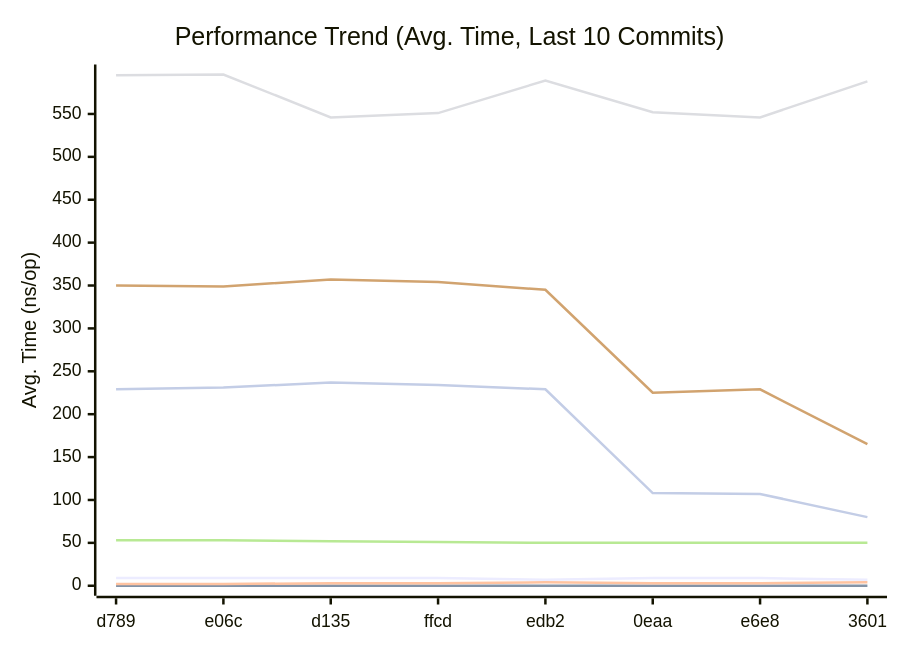
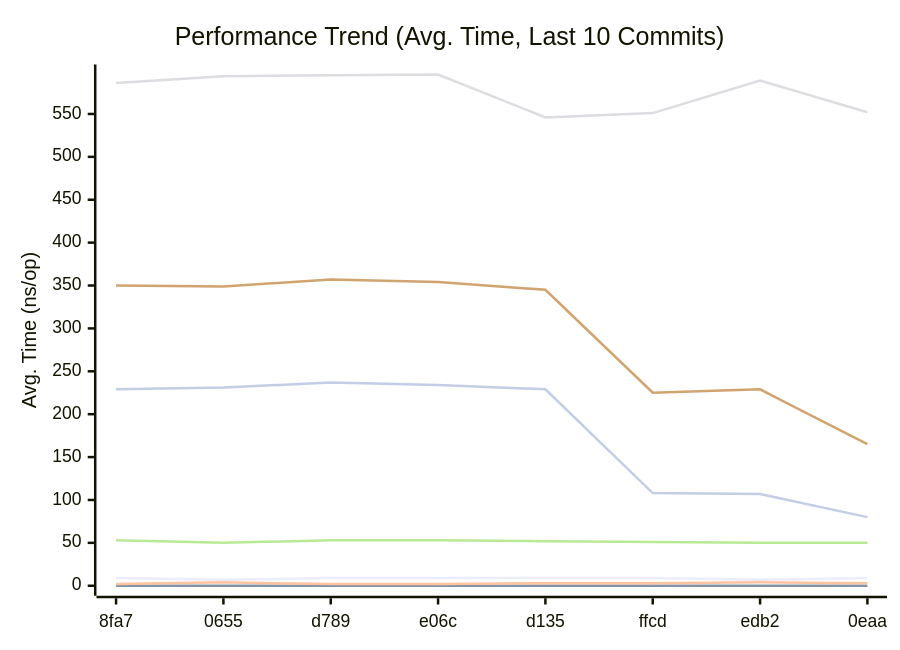
One commit to alsotoes/momo changed the first of 3 diagrams in docs/README.md. Above: the diagram before and after it, drawn with Mermaid. The commit also changed other lines of this file and 7 other files, not shown here.

````diff
--- a/docs/README.md
+++ b/docs/README.md
@@ -303,14 +303,14 @@
 ```mermaid
 xychart-beta
     title "Performance Trend (Avg. Time, Last 10 Commits)"
     x-axis "Commit"
     y-axis "Avg. Time (ns/op)"
-    x-axis [d789,e06c,d135,ffcd,edb2,0eaa,e6e8,3601]
-    line "CheckMetricsAndSwap" [9,9,9,9,7,9,9,7,9,9]
+    x-axis [8fa7,0655,d789,e06c,d135,ffcd,edb2,0eaa]
+    line "CheckMetricsAndSwap" [9,7,9,9,9,9,7,9,9,7]
     line "IndexDirectTracking" [0,0,0,0,0,0,0,0,0,0]
-    line "IndexSearch" [2,2,3,3,4,3,3,4,3,4]
-    line "LoadGlobalConfig" [595,596,546,551,589,552,546,588,596,608]
-    line "PadString" [53,53,52,51,50,50,50,50,53,53]
+    line "IndexSearch" [2,4,2,2,3,3,4,3,3,4]
+    line "LoadGlobalConfig" [586,594,595,596,546,551,589,552,546,588]
+    line "PadString" [53,50,53,53,52,51,50,50,50,50]
     line "ParseReplicationOrder_NoPrealloc" [350,349,357,354,345,225,229,165,232,234]
     line "ParseReplicationOrder_Prealloc" [229,231,237,234,229,108,107,80,110,109]
 ```
````
